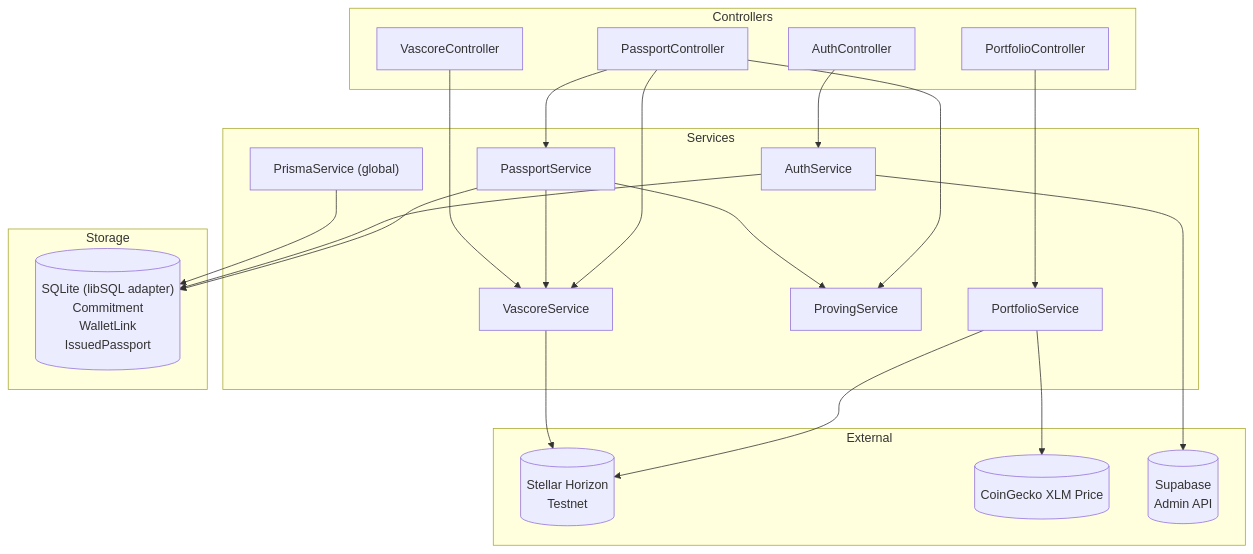
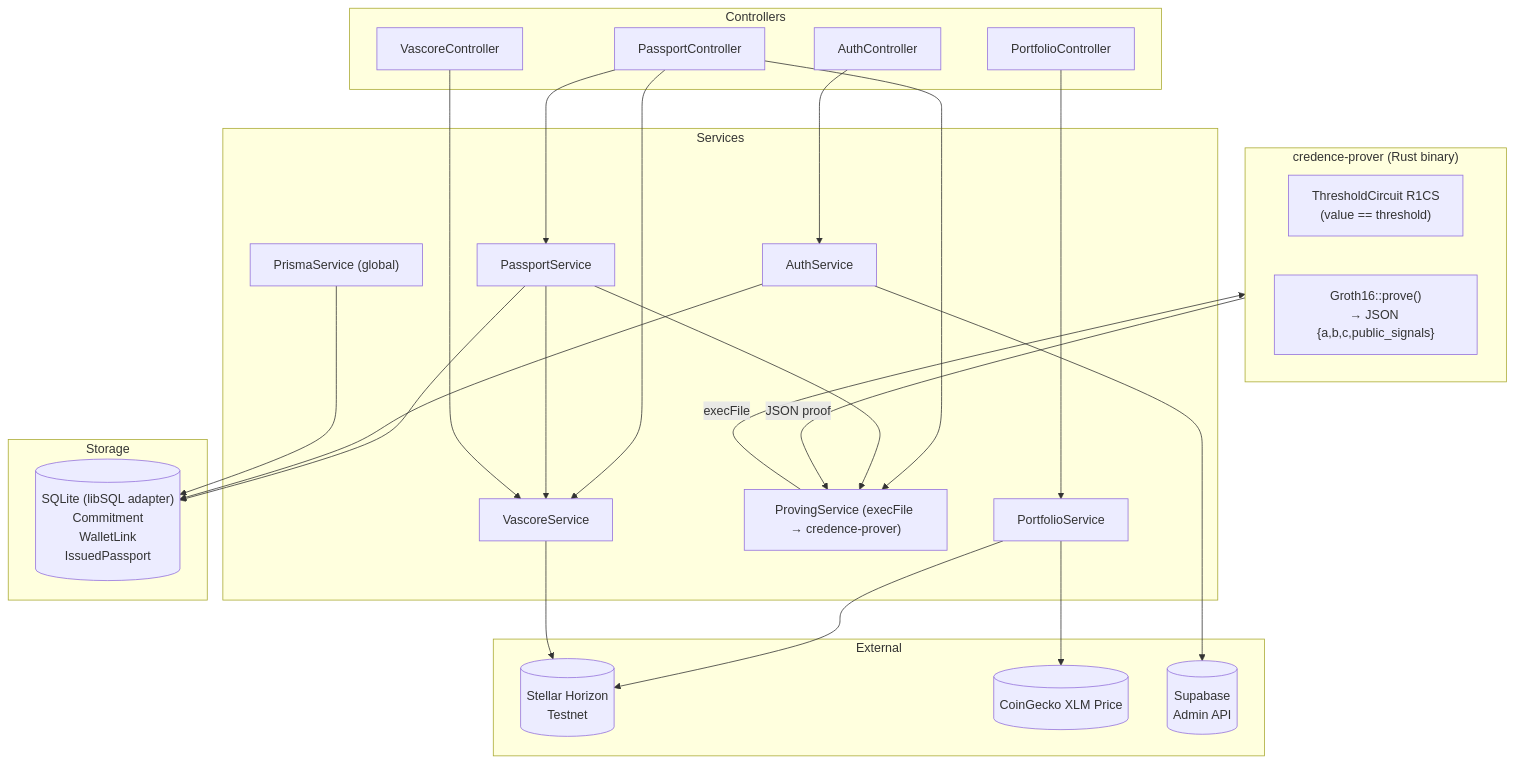
One commit to calebomondi/Credence changed the first of 7 diagrams in backend/README.md. Above: the diagram before and after it, drawn with Mermaid. The commit also changed other lines of this file, not shown here.

Commit message:
Update README.md to reflect Groth16 ZK proof generation and ProvingService enhancements

````diff
--- a/backend/README.md
+++ b/backend/README.md
@@ -7,48 +7,56 @@
 ```mermaid
 graph TB
   subgraph Controllers
     PC["PortfolioController"]
     PAC["PassportController"]
     AC["AuthController"]
     VC["VascoreController"]
   end
 
   subgraph Services
     PS["PortfolioService"]
     PAS["PassportService"]
-    PRS["ProvingService"]
+    PRS["ProvingService (execFile → credence-prover)"]
     AS["AuthService"]
     VS["VascoreService"]
     PRIS["PrismaService (global)"]
+  end
+
+  subgraph Prover["credence-prover (Rust binary)"]
+    CIRCUIT["ThresholdCircuit R1CS<br/>(value == threshold)"]
+    PROV["Groth16::prove()<br/>→ JSON {a,b,c,public_signals}"]
   end
 
   subgraph External
     H[("Stellar Horizon<br/>Testnet")]
     CG[("CoinGecko XLM Price")]
     SUPA[("Supabase<br/>Admin API")]
   end
 
   subgraph Storage
     DB[("SQLite (libSQL adapter)<br/>Commitment<br/>WalletLink<br/>IssuedPassport")]
   end
 
   PC --> PS
   PS --> H
   PS --> CG
 
   PAC --> PAS
   PAC --> PRS
   PAC --> VS
   PAS --> DB
   PAS --> PRS
   PAS --> VS
 
+  PRS -->|"execFile"| Prover
+  Prover -->|"JSON proof"| PRS
+
   AC --> AS
   AS --> SUPA
   AS --> DB
 
   VC --> VS
   VS --> H
 
   PRIS --> DB
 ```
````
